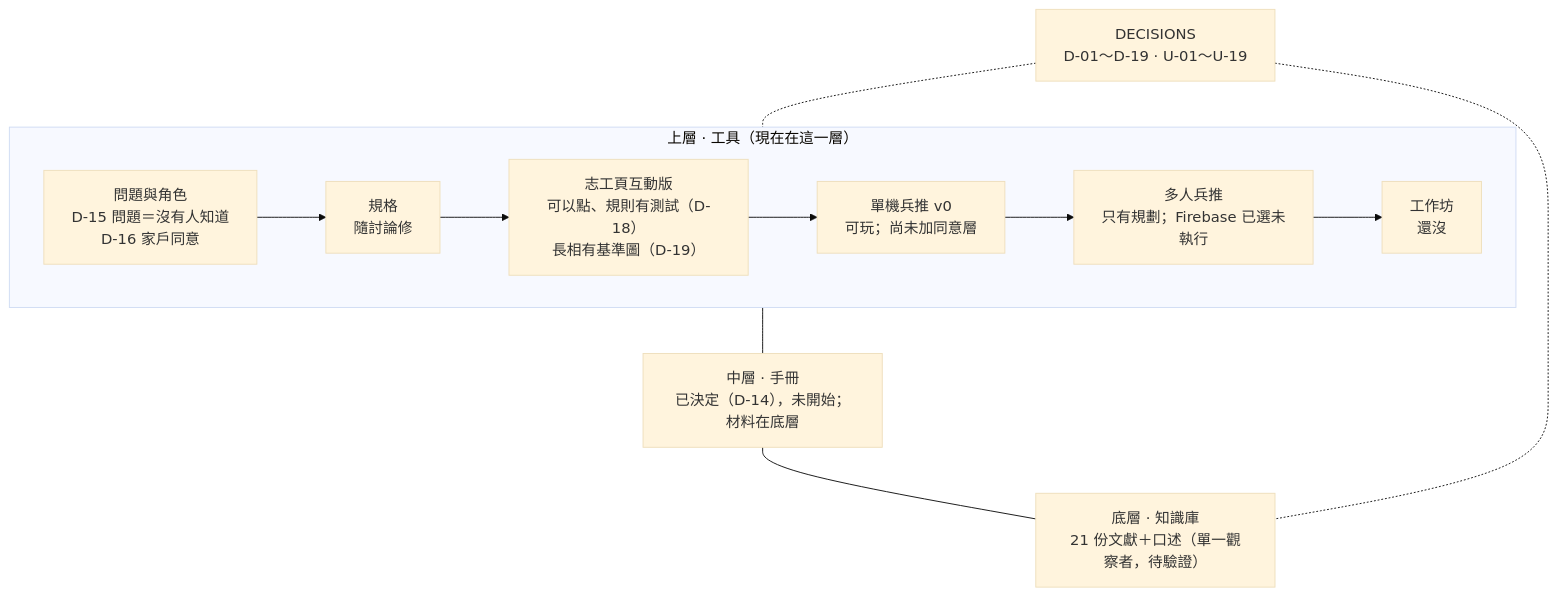
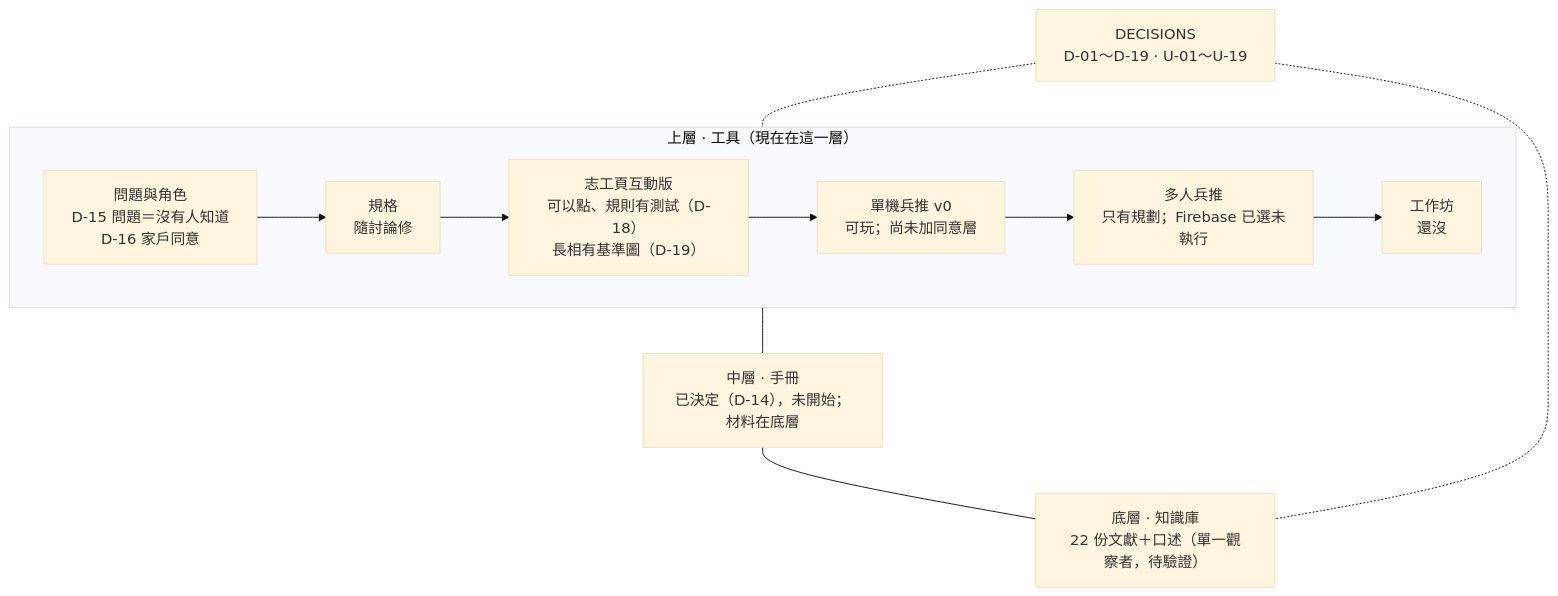
The seventh of 8 diagrams in ARCHITECTURE.md (BasilHsieh/resq-hub), drawn with Mermaid (base theme) before and after one commit. The commit also changed other lines of this file and 9 other files, not shown here.

````diff
--- a/ARCHITECTURE.md
+++ b/ARCHITECTURE.md
@@ -461,19 +463,19 @@
 ```mermaid
 flowchart TB
     subgraph TOOL["上層 · 工具（現在在這一層）"]
         direction LR
         R["問題與角色<br/>D-15 問題＝沒有人知道<br/>D-16 家戶同意"] --> S["規格<br/>隨討論修"] --> M["志工頁互動版<br/>可以點、規則有測試（D-18）<br/>長相有基準圖（D-19）"] --> P1["單機兵推 v0<br/>可玩；尚未加同意層"] --> P2["多人兵推<br/>只有規劃；Firebase 已選未執行"] --> W["工作坊<br/>還沒"]
     end
     HB["中層 · 手冊<br/>已決定（D-14），未開始；材料在底層"]
-    KB["底層 · 知識庫<br/>21 份文獻＋口述（單一觀察者，待驗證）"]
+    KB["底層 · 知識庫<br/>22 份文獻＋口述（單一觀察者，待驗證）"]
     DEC["DECISIONS<br/>D-01～D-19 · U-01～U-19"]
     TOOL --- HB --- KB
     DEC -.- TOOL
     DEC -.- KB
     click R "output/spec/角色輪廓.md" "開啟原檔"
     click M "output/prototype/03-志工頁/README.md" "開啟原檔"
     click S "output/spec/資料模型與狀態機.md" "開啟原檔"
     click P1 "output/prototype/01-兵推/README.md" "開啟原檔"
     click P2 "output/prototype/02-兵推多人/README.md" "開啟原檔"
     click DEC "DECISIONS.md" "開啟原檔"
 ```
````
